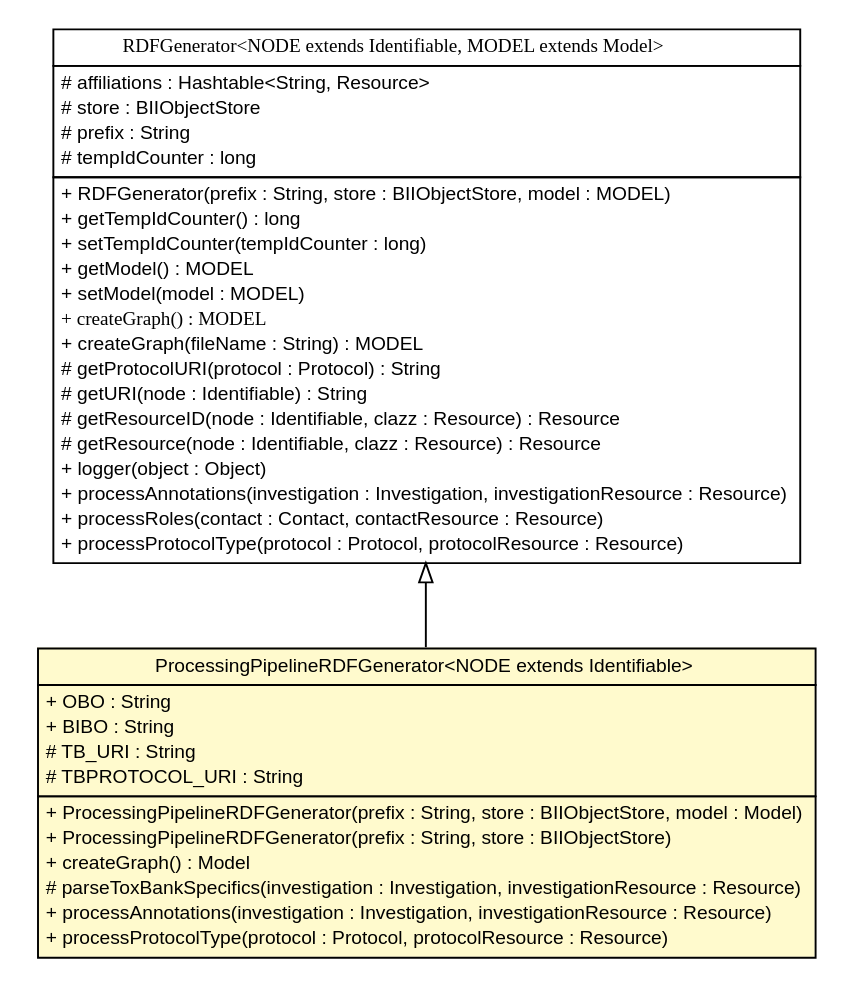
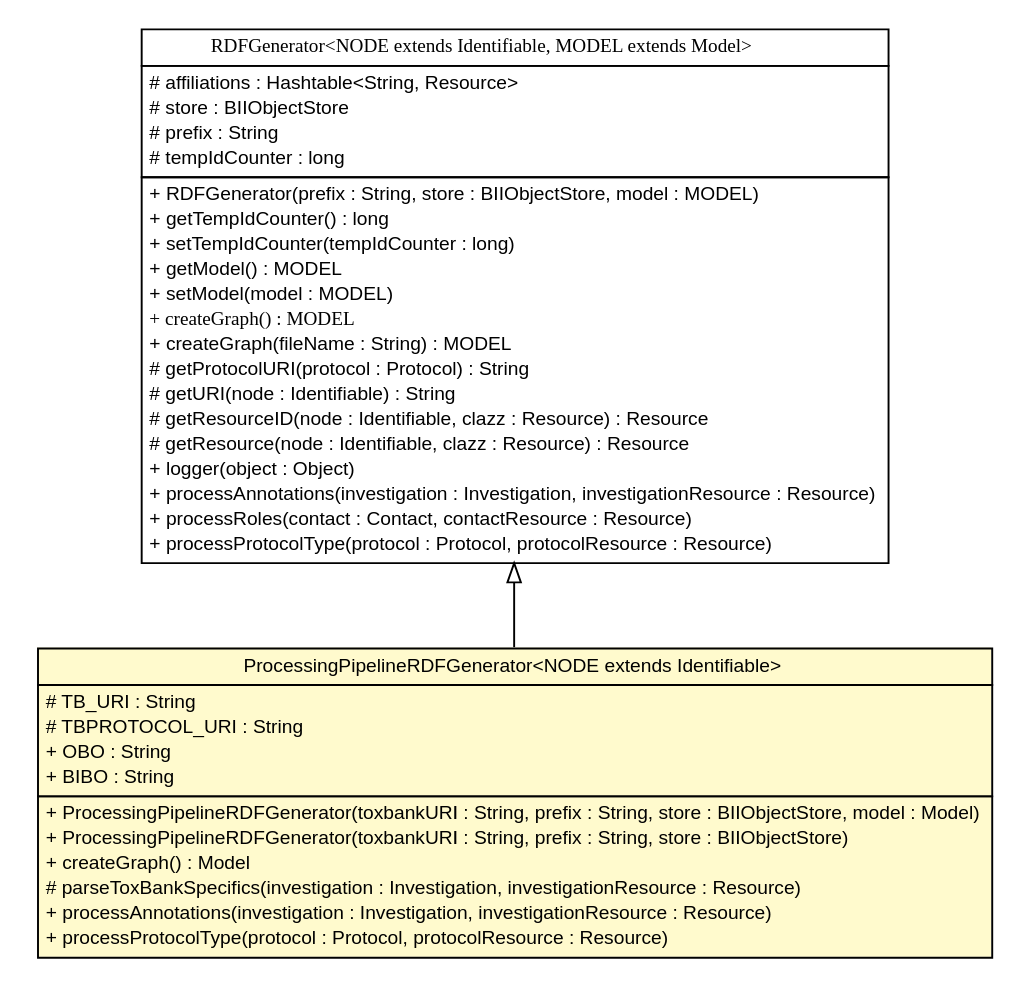
One commit to ToxBank/isa2rdf changed the diagram in apidocs/org/isa2rdf/cli/ProcessingPipelineRDFGenerator.dot. Above: the diagram before and after it, drawn with Graphviz. The commit also changed 54 other files, not shown here.

```diff
--- a/apidocs/org/isa2rdf/cli/ProcessingPipelineRDFGenerator.dot
+++ b/apidocs/org/isa2rdf/cli/ProcessingPipelineRDFGenerator.dot
@@ -1,61 +1,61 @@
 #!/usr/local/bin/dot
 #
 # Class diagram 
 # Generated by UmlGraph version 4.6 (http://www.spinellis.gr/sw/umlgraph)
 #
 
 digraph G {
 	edge [fontname="arial",fontsize=10,labelfontname="arial",labelfontsize=10];
 	node [fontname="arial",fontsize=10,shape=plaintext];
 	// org.isa2rdf.cli.RDFGenerator<NODE extends uk.ac.ebi.bioinvindex.model.Identifiable, MODEL extends com.hp.hpl.jena.rdf.model.Model>
 	c9 [label=<<table border="0" cellborder="1" cellspacing="0" cellpadding="2" port="p" href="./RDFGenerator.html">
 		<tr><td><table border="0" cellspacing="0" cellpadding="1">
 			<tr><td><font face="ariali"> RDFGenerator&lt;NODE extends Identifiable, MODEL extends Model&gt; </font></td></tr>
 		</table></td></tr>
 		<tr><td><table border="0" cellspacing="0" cellpadding="1">
 			<tr><td align="left"> # affiliations : Hashtable&lt;String, Resource&gt; </td></tr>
 			<tr><td align="left"> # store : BIIObjectStore </td></tr>
 			<tr><td align="left"> # prefix : String </td></tr>
 			<tr><td align="left"> # tempIdCounter : long </td></tr>
 		</table></td></tr>
 		<tr><td><table border="0" cellspacing="0" cellpadding="1">
 			<tr><td align="left"> + RDFGenerator(prefix : String, store : BIIObjectStore, model : MODEL) </td></tr>
 			<tr><td align="left"> + getTempIdCounter() : long </td></tr>
 			<tr><td align="left"> + setTempIdCounter(tempIdCounter : long) </td></tr>
 			<tr><td align="left"> + getModel() : MODEL </td></tr>
 			<tr><td align="left"> + setModel(model : MODEL) </td></tr>
 			<tr><td align="left"><font face="ariali" point-size="10.0"> + createGraph() : MODEL </font></td></tr>
 			<tr><td align="left"> + createGraph(fileName : String) : MODEL </td></tr>
 			<tr><td align="left"> # getProtocolURI(protocol : Protocol) : String </td></tr>
 			<tr><td align="left"> # getURI(node : Identifiable) : String </td></tr>
 			<tr><td align="left"> # getResourceID(node : Identifiable, clazz : Resource) : Resource </td></tr>
 			<tr><td align="left"> # getResource(node : Identifiable, clazz : Resource) : Resource </td></tr>
 			<tr><td align="left"> + logger(object : Object) </td></tr>
 			<tr><td align="left"> + processAnnotations(investigation : Investigation, investigationResource : Resource) </td></tr>
 			<tr><td align="left"> + processRoles(contact : Contact, contactResource : Resource) </td></tr>
 			<tr><td align="left"> + processProtocolType(protocol : Protocol, protocolResource : Resource) </td></tr>
 		</table></td></tr>
 		</table>>, fontname="arial", fontcolor="black", fontsize=10.0];
 	// org.isa2rdf.cli.ProcessingPipelineRDFGenerator<NODE extends uk.ac.ebi.bioinvindex.model.Identifiable>
 	c10 [label=<<table border="0" cellborder="1" cellspacing="0" cellpadding="2" port="p" bgcolor="lemonChiffon" href="./ProcessingPipelineRDFGenerator.html">
 		<tr><td><table border="0" cellspacing="0" cellpadding="1">
 			<tr><td> ProcessingPipelineRDFGenerator&lt;NODE extends Identifiable&gt; </td></tr>
 		</table></td></tr>
 		<tr><td><table border="0" cellspacing="0" cellpadding="1">
+			<tr><td align="left"> # TB_URI : String </td></tr>
+			<tr><td align="left"> # TBPROTOCOL_URI : String </td></tr>
 			<tr><td align="left"> + OBO : String </td></tr>
 			<tr><td align="left"> + BIBO : String </td></tr>
-			<tr><td align="left"> # TB_URI : String </td></tr>
-			<tr><td align="left"> # TBPROTOCOL_URI : String </td></tr>
 		</table></td></tr>
 		<tr><td><table border="0" cellspacing="0" cellpadding="1">
-			<tr><td align="left"> + ProcessingPipelineRDFGenerator(prefix : String, store : BIIObjectStore, model : Model) </td></tr>
-			<tr><td align="left"> + ProcessingPipelineRDFGenerator(prefix : String, store : BIIObjectStore) </td></tr>
+			<tr><td align="left"> + ProcessingPipelineRDFGenerator(toxbankURI : String, prefix : String, store : BIIObjectStore, model : Model) </td></tr>
+			<tr><td align="left"> + ProcessingPipelineRDFGenerator(toxbankURI : String, prefix : String, store : BIIObjectStore) </td></tr>
 			<tr><td align="left"> + createGraph() : Model </td></tr>
 			<tr><td align="left"> # parseToxBankSpecifics(investigation : Investigation, investigationResource : Resource) </td></tr>
 			<tr><td align="left"> + processAnnotations(investigation : Investigation, investigationResource : Resource) </td></tr>
 			<tr><td align="left"> + processProtocolType(protocol : Protocol, protocolResource : Resource) </td></tr>
 		</table></td></tr>
 		</table>>, fontname="arial", fontcolor="black", fontsize=10.0];
 	//org.isa2rdf.cli.ProcessingPipelineRDFGenerator<NODE extends uk.ac.ebi.bioinvindex.model.Identifiable> extends org.isa2rdf.cli.RDFGenerator<NODE, com.hp.hpl.jena.rdf.model.Model>
 	c9:p -> c10:p [dir=back,arrowtail=empty];
 }
```
